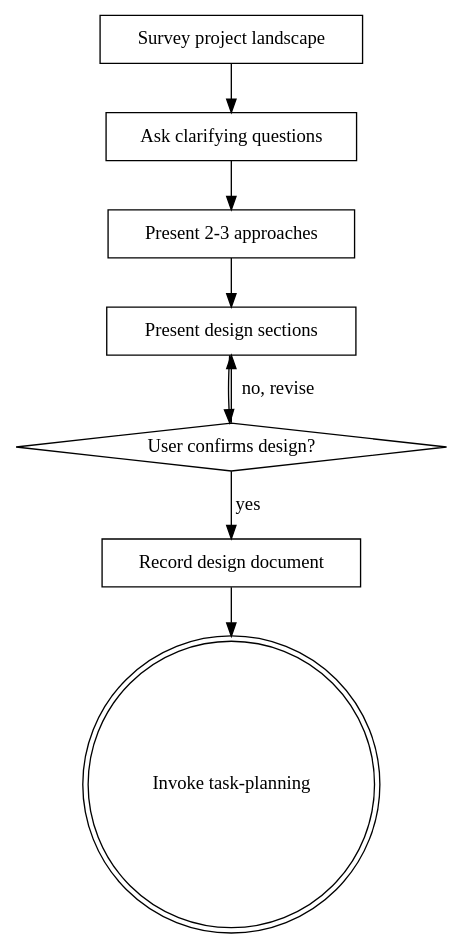
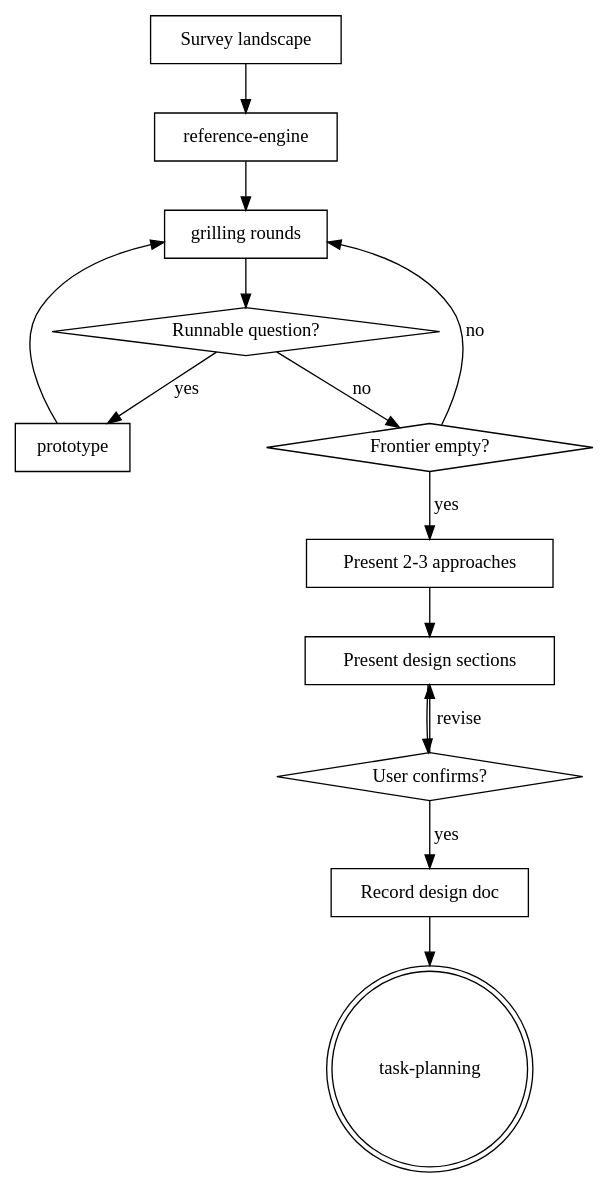
Before and after one commit to themattkeenan/ascension: the diagram in skills/intent-discovery/SKILL.md, drawn with Graphviz. The commit also changed other lines of this file and 73 other files, not shown here.

````diff
--- a/skills/intent-discovery/SKILL.md
+++ b/skills/intent-discovery/SKILL.md
@@ -67,19 +72,29 @@
 ```dot
 digraph intent_discovery {
-    "Survey project landscape" [shape=box];
-    "Ask clarifying questions" [shape=box];
+    "Survey landscape" [shape=box];
+    "reference-engine" [shape=box];
+    "grilling rounds" [shape=box];
+    "Runnable question?" [shape=diamond];
+    "prototype" [shape=box];
+    "Frontier empty?" [shape=diamond];
     "Present 2-3 approaches" [shape=box];
     "Present design sections" [shape=box];
-    "User confirms design?" [shape=diamond];
-    "Record design document" [shape=box];
-    "Invoke task-planning" [shape=doublecircle];
+    "User confirms?" [shape=diamond];
+    "Record design doc" [shape=box];
+    "task-planning" [shape=doublecircle];
 
-    "Survey project landscape" -> "Ask clarifying questions";
-    "Ask clarifying questions" -> "Present 2-3 approaches";
+    "Survey landscape" -> "reference-engine";
+    "reference-engine" -> "grilling rounds";
+    "grilling rounds" -> "Runnable question?";
+    "Runnable question?" -> "prototype" [label="yes"];
+    "prototype" -> "grilling rounds";
+    "Runnable question?" -> "Frontier empty?" [label="no"];
+    "Frontier empty?" -> "grilling rounds" [label="no"];
+    "Frontier empty?" -> "Present 2-3 approaches" [label="yes"];
     "Present 2-3 approaches" -> "Present design sections";
-    "Present design sections" -> "User confirms design?";
-    "User confirms design?" -> "Present design sections" [label="no, revise"];
-    "User confirms design?" -> "Record design document" [label="yes"];
-    "Record design document" -> "Invoke task-planning";
+    "Present design sections" -> "User confirms?";
+    "User confirms?" -> "Present design sections" [label="revise"];
+    "User confirms?" -> "Record design doc" [label="yes"];
+    "Record design doc" -> "task-planning";
 }
 ```
````
